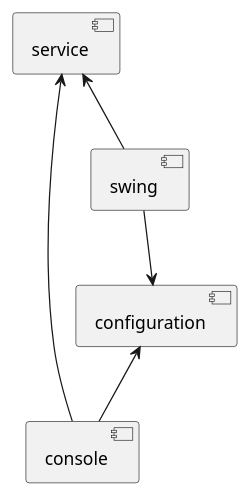
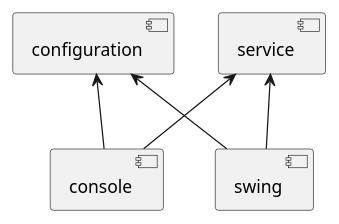
One commit to greifentor/service-monitor changed the diagram in documentation/modules.plantuml. Above: the diagram before and after it, drawn with PlantUML. The commit also changed 1 other file, not shown here.

```diff
--- a/documentation/modules.plantuml
+++ b/documentation/modules.plantuml
@@ -1,17 +1,17 @@
 @startuml
 
 [configuration]
 
 [console]
 
 [service]
 
 [swing]
 
 [console] -UP-> [service]
 [console] -UP-> [configuration]
 
 [swing] -UP-> [service]
-[swing] --> [configuration]
+[swing] -UP-> [configuration]
 
 @enduml
```
